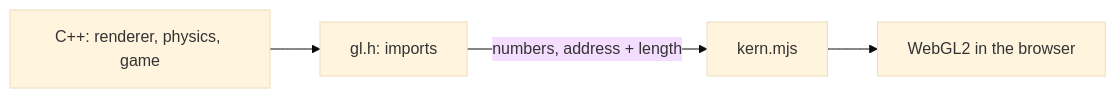
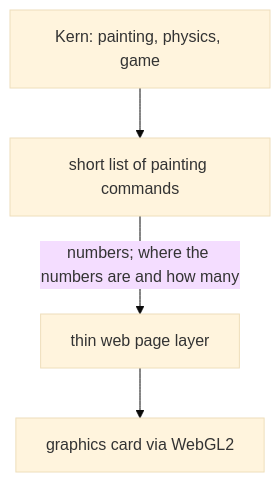
The fourth of 4 diagrams in kern/docs/book-green/B-rendering.md (ChristianHohlfeld/kernengine.de), drawn with Mermaid (base theme) before and after one commit. The commit also changed other lines of this file and 22 other files, not shown here.

````diff
--- a/kern/docs/book-green/B-rendering.md
+++ b/kern/docs/book-green/B-rendering.md
@@ -489,6 +595,7 @@
 ```mermaid
-flowchart LR
-  R["C++: renderer, physics, game"] --> G["gl.h: imports"]
-  G -->|"numbers, address + length"| K["kern.mjs"]
-  K --> W["WebGL2 in the browser"]
+%% Caption: Kern passes its painting wishes to the web page as notes full of numbers
+flowchart TB
+  R["Kern: painting, physics, game"] --> G["short list of painting commands"]
+  G -->|"numbers; where the numbers are and how many"| K["thin web page layer"]
+  K --> W["graphics card via WebGL2"]
 ```
````
